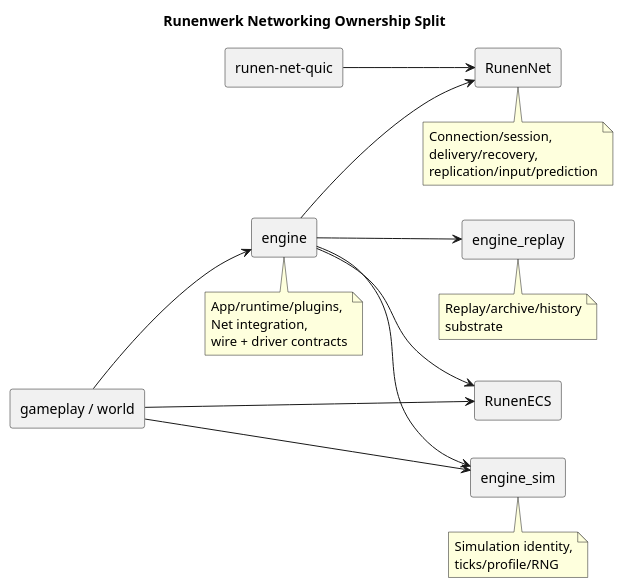
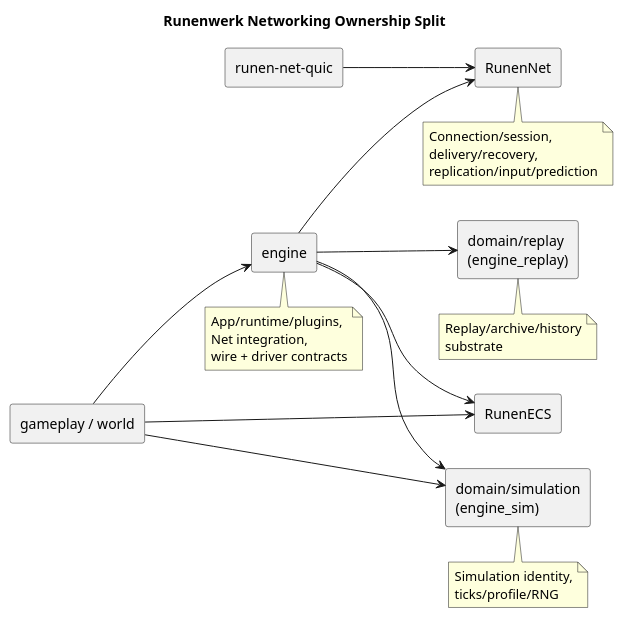
One commit to dornglut/runenwerk changed the diagram in docs-site/src/assets/ownership.puml. Above: the diagram before and after it, drawn with PlantUML. The commit also changed 41 other files, not shown here.

Commit message:
[Simulation/Replay] Rehome local simulation and replay authority (#944)

```diff
--- a/docs-site/src/assets/ownership.puml
+++ b/docs-site/src/assets/ownership.puml
@@ -1,48 +1,48 @@
 @startuml
 title Runenwerk Networking Ownership Split
 
 left to right direction
 skinparam packageStyle rectangle
 skinparam shadowing false
 
 rectangle "RunenECS" as ecs
 rectangle "engine" as engine
 rectangle "RunenNet" as runennet
 rectangle "runen-net-quic" as quic
-rectangle "engine_sim" as sim
-rectangle "engine_replay" as replay
+rectangle "domain/simulation\n(engine_sim)" as sim
+rectangle "domain/replay\n(engine_replay)" as replay
 rectangle "gameplay / world" as game
 
 note bottom of engine
 App/runtime/plugins,
 Net integration,
 wire + driver contracts
 end note
 
 note bottom of runennet
 Connection/session,
 delivery/recovery,
 replication/input/prediction
 end note
 
 note bottom of sim
 Simulation identity,
 ticks/profile/RNG
 end note
 
 note bottom of replay
 Replay/archive/history
 substrate
 end note
 
 engine --> ecs
 engine --> runennet
 engine --> sim
 engine --> replay
 quic --> runennet
 
 game --> ecs
 game --> engine
 game --> sim
 
 @enduml
```
